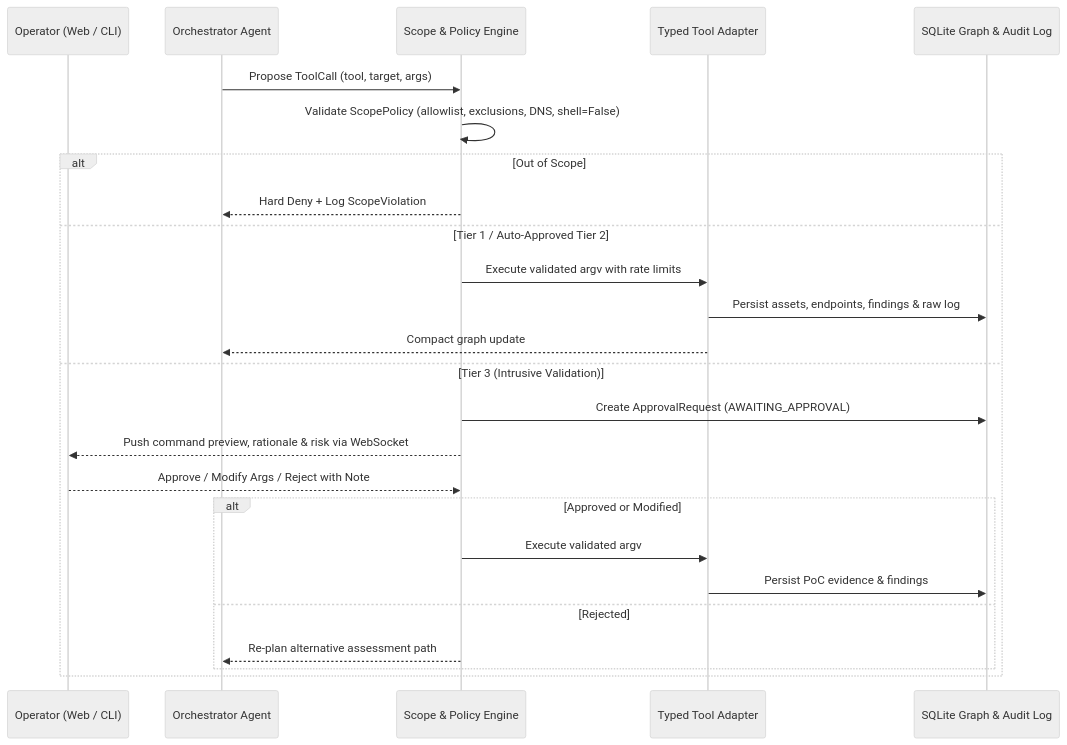
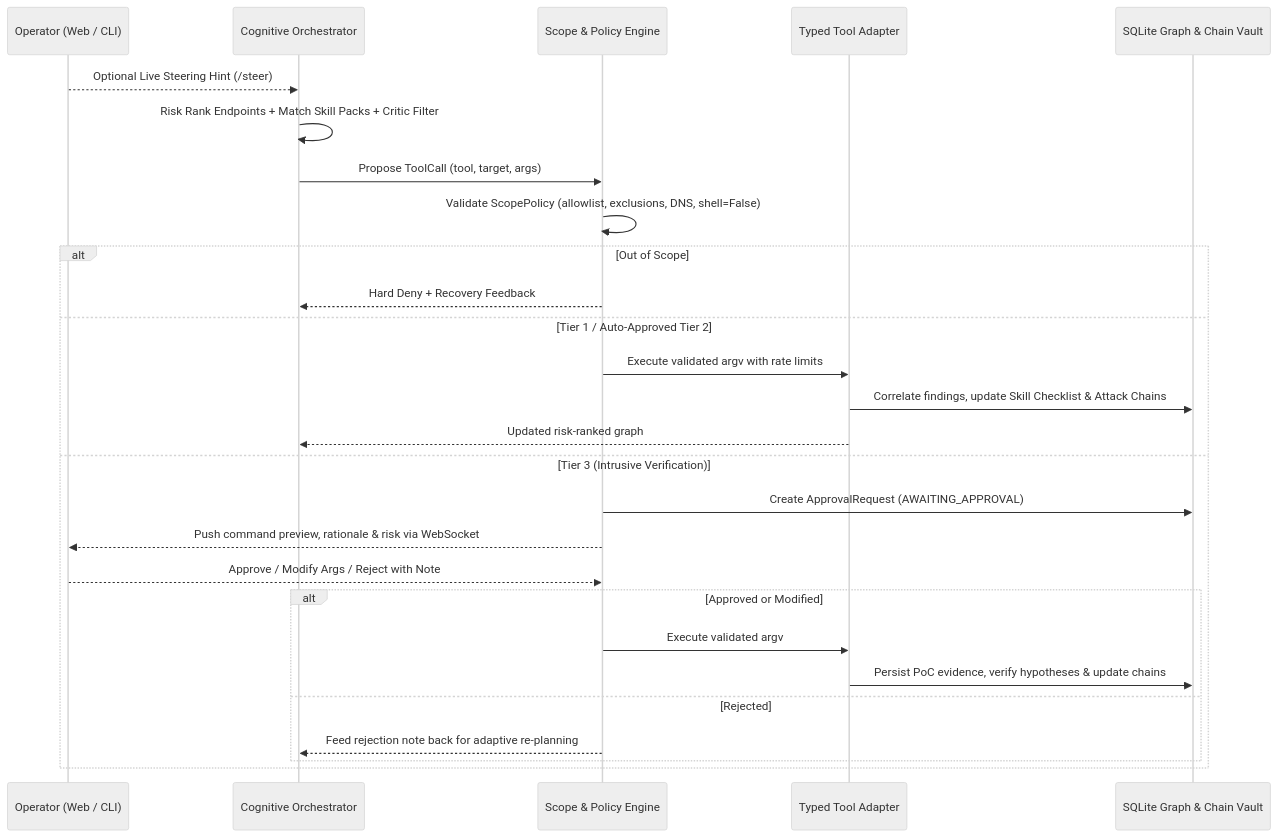
Before and after one commit to willygailo/AI-ko: the second of 2 diagrams in README.md, drawn with Mermaid (neutral theme). The commit also changed other lines of this file and 43 other files, not shown here.

Commit message:
feat: add advanced cognitive agents, multi-role auth, 9 skill packs, and OOB callback catcher

````diff
--- a/README.md
+++ b/README.md
@@ -92,28 +92,30 @@
 ```mermaid
 sequenceDiagram
     participant Op as Operator (Web / CLI)
-    participant Orch as Orchestrator Agent
+    participant Orch as Cognitive Orchestrator
     participant Pol as Scope & Policy Engine
     participant Tool as Typed Tool Adapter
-    participant DB as SQLite Graph & Audit Log
+    participant DB as SQLite Graph & Chain Vault
 
+    Op-->>Orch: Optional Live Steering Hint (/steer)
+    Orch->>Orch: Risk Rank Endpoints + Match Skill Packs + Critic Filter
     Orch->>Pol: Propose ToolCall (tool, target, args)
     Pol->>Pol: Validate ScopePolicy (allowlist, exclusions, DNS, shell=False)
     alt Out of Scope
-        Pol-->>Orch: Hard Deny + Log ScopeViolation
+        Pol-->>Orch: Hard Deny + Recovery Feedback
     else Tier 1 / Auto-Approved Tier 2
         Pol->>Tool: Execute validated argv with rate limits
-        Tool->>DB: Persist assets, endpoints, findings & raw log
-        Tool-->>Orch: Compact graph update
-    else Tier 3 (Intrusive Validation)
+        Tool->>DB: Correlate findings, update Skill Checklist & Attack Chains
+        Tool-->>Orch: Updated risk-ranked graph
+    else Tier 3 (Intrusive Verification)
         Pol->>DB: Create ApprovalRequest (AWAITING_APPROVAL)
         Pol-->>Op: Push command preview, rationale & risk via WebSocket
         Op-->>Pol: Approve / Modify Args / Reject with Note
         alt Approved or Modified
             Pol->>Tool: Execute validated argv
-            Tool->>DB: Persist PoC evidence & findings
+            Tool->>DB: Persist PoC evidence, verify hypotheses & update chains
         else Rejected
-            Pol-->>Orch: Re-plan alternative assessment path
+            Pol-->>Orch: Feed rejection note back for adaptive re-planning
         end
     end
 ```
````
